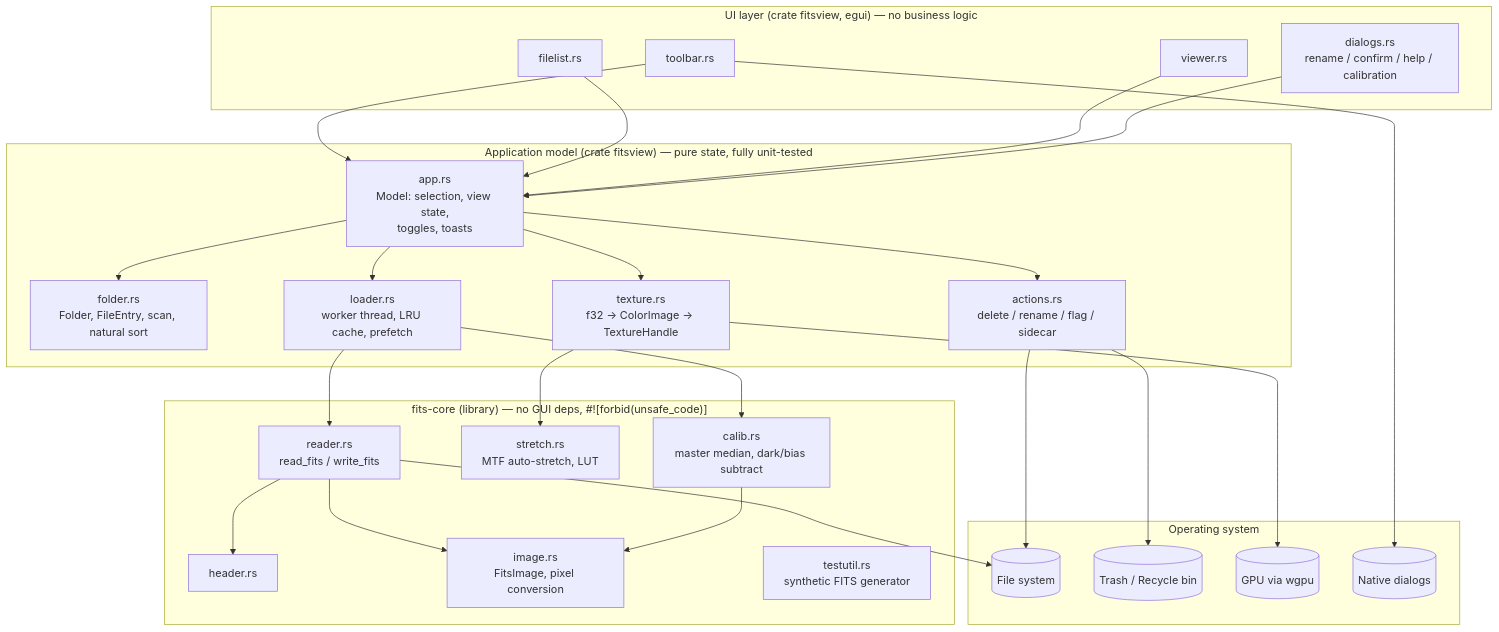
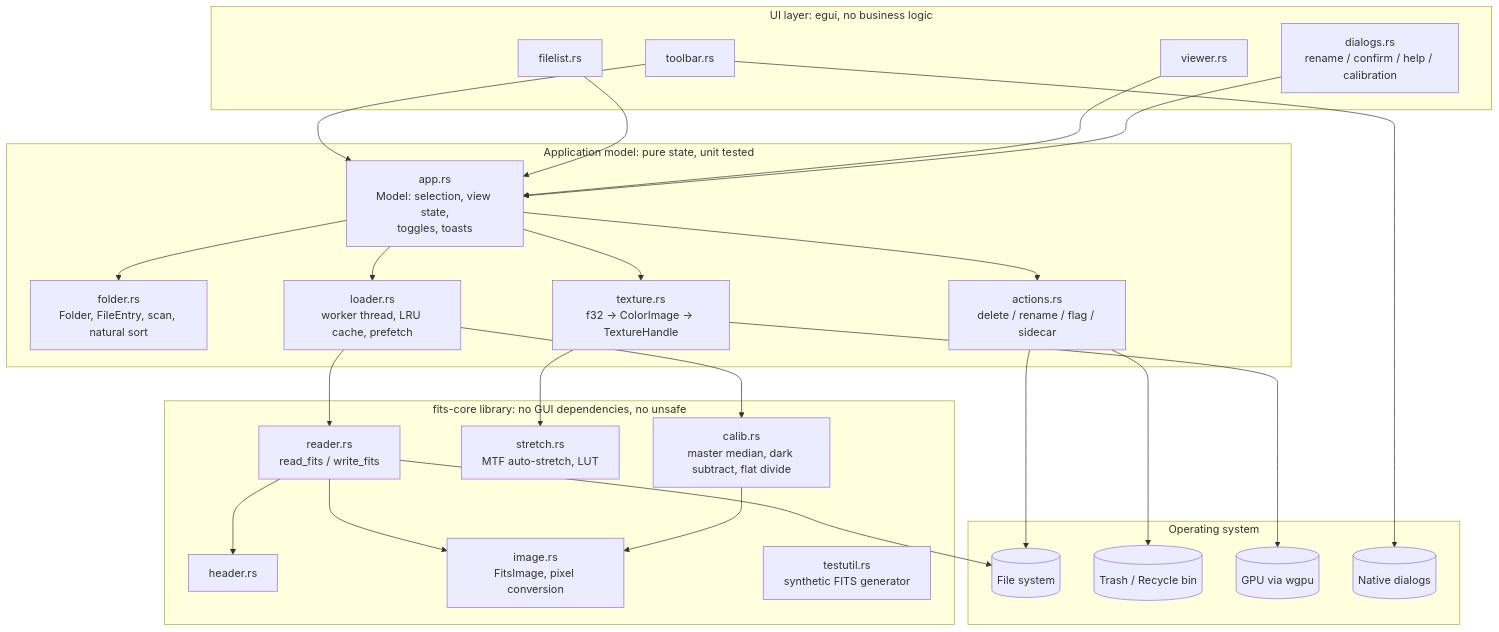
One commit to dburman/fitsview changed the first of 3 diagrams in README.md. Above: the diagram before and after it, drawn with Mermaid. The commit also changed other lines of this file and 4 other files, not shown here.

First line of the commit message:
Replace the bias phase with flat calibration, and fix GitHub rendering

````diff
--- a/README.md
+++ b/README.md
@@ -99,45 +99,45 @@
 ```mermaid
 flowchart TB
-    subgraph UI["UI layer (crate fitsview, egui) — no business logic"]
+    subgraph UI["UI layer: egui, no business logic"]
         TB[toolbar.rs]
         FL[filelist.rs]
         VW[viewer.rs]
         DG[dialogs.rs<br/>rename / confirm / help / calibration]
     end
 
-    subgraph MODEL["Application model (crate fitsview) — pure state, fully unit-tested"]
+    subgraph MODEL["Application model: pure state, unit tested"]
         APP[app.rs<br/>Model: selection, view state,<br/>toggles, toasts]
         FO[folder.rs<br/>Folder, FileEntry, scan, natural sort]
         AC[actions.rs<br/>delete / rename / flag / sidecar]
         LD[loader.rs<br/>worker thread, LRU cache, prefetch]
         TX[texture.rs<br/>f32 → ColorImage → TextureHandle]
     end
 
-    subgraph CORE["fits-core (library) — no GUI deps, #![forbid(unsafe_code)]"]
+    subgraph CORE["fits-core library: no GUI dependencies, no unsafe"]
         HD[header.rs]
         RD[reader.rs<br/>read_fits / write_fits]
         IM[image.rs<br/>FitsImage, pixel conversion]
         ST[stretch.rs<br/>MTF auto-stretch, LUT]
-        CB[calib.rs<br/>master median, dark/bias subtract]
+        CB[calib.rs<br/>master median, dark subtract, flat divide]
         TU[testutil.rs<br/>synthetic FITS generator]
     end
 
     subgraph OS["Operating system"]
         FS[(File system)]
         TR[(Trash / Recycle bin)]
         GPU[(GPU via wgpu)]
         DLG[(Native dialogs)]
     end
 
     TB & FL & VW & DG --> APP
     APP --> FO & AC & LD & TX
     LD --> RD
     LD --> CB
     TX --> ST
     RD --> HD & IM
     CB --> IM
     RD --> FS
     AC --> FS & TR
     TX --> GPU
     TB --> DLG
 ```
````
